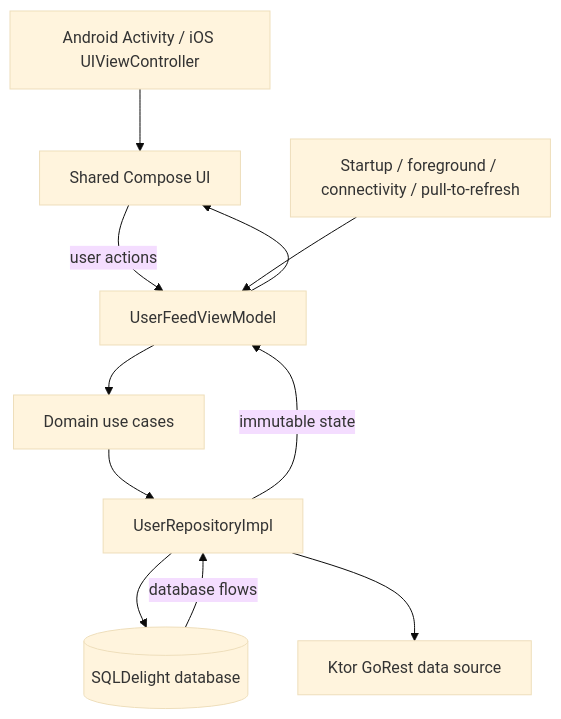
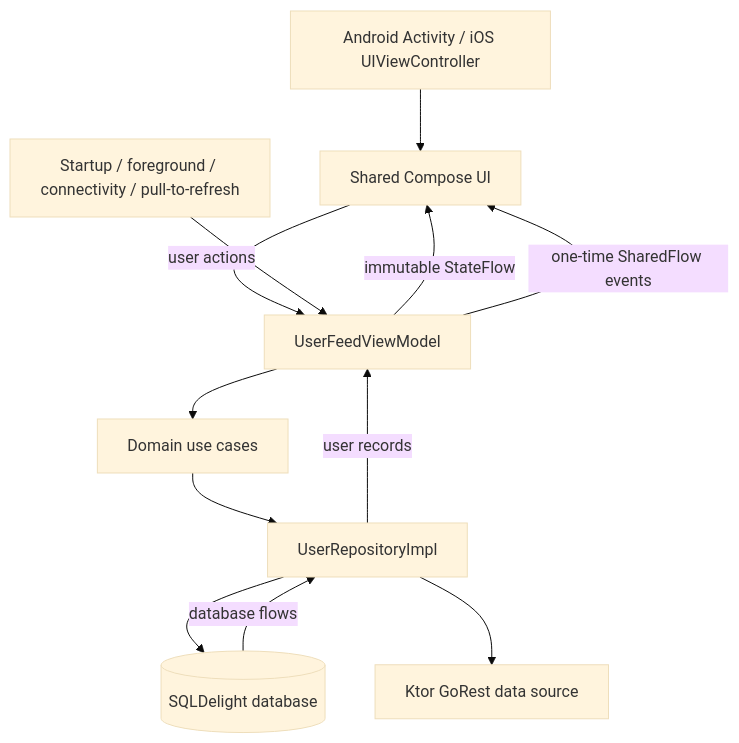
One commit to yuenkl/Bill-User-Management-System changed the diagram in README.md. Above: the diagram before and after it, drawn with Mermaid (base theme). The commit also changed other lines of this file, not shown here.

Commit message:
docs: update architecture overview

````diff
--- a/README.md
+++ b/README.md
@@ -20,13 +20,14 @@
 ```mermaid
 flowchart TD
     A[Android Activity / iOS UIViewController] --> B[Shared Compose UI]
     B -->|user actions| C[UserFeedViewModel]
     C --> D[Domain use cases]
     D --> E[UserRepositoryImpl]
     E --> F[(SQLDelight database)]
     E --> G[Ktor GoRest data source]
     I[Startup / foreground / connectivity / pull-to-refresh] --> C
     F -->|database flows| E
-    E -->|immutable state| C
-    C --> B
+    E -->|user records| C
+    C -->|immutable StateFlow| B
+    C -->|one-time SharedFlow events| B
 ```
````
